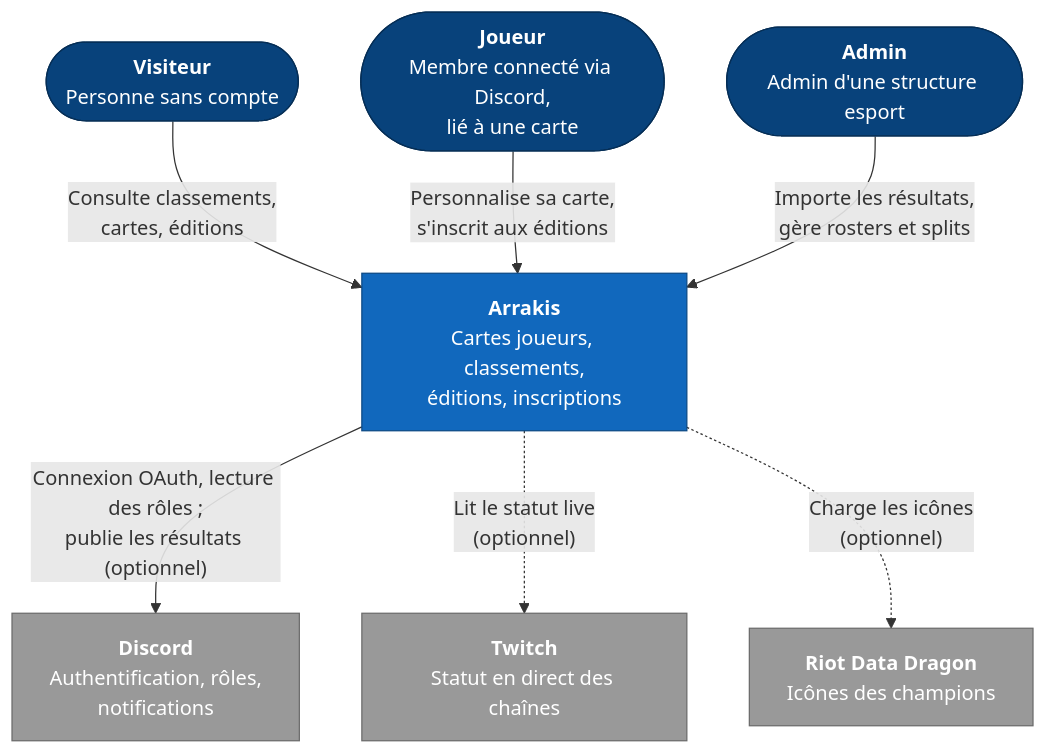
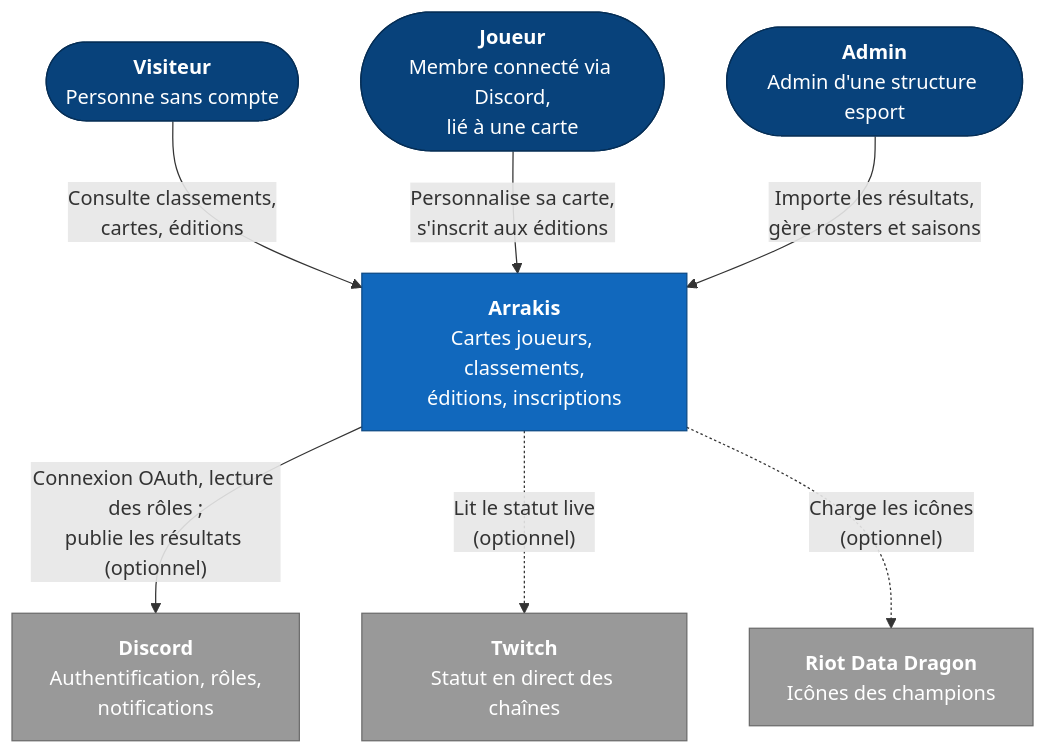
One commit to Charkx/Arrakard changed the first of 5 diagrams in docs/architecture/c4.md. Above: the diagram before and after it, drawn with Mermaid. The commit also changed other lines of this file and 5 other files, not shown here.

First line of the commit message:
docs: l'architecture décrit la saison seule

````diff
--- a/docs/architecture/c4.md
+++ b/docs/architecture/c4.md
@@ -20,23 +20,23 @@
 ```mermaid
 flowchart TB
   classDef person fill:#08427b,stroke:#052e56,color:#fff
   classDef system fill:#1168bd,stroke:#0b4884,color:#fff
   classDef external fill:#999,stroke:#6b6b6b,color:#fff
 
   visitor(["<b>Visiteur</b><br/>Personne sans compte"]):::person
   player(["<b>Joueur</b><br/>Membre connecté via Discord,<br/>lié à une carte"]):::person
   admin(["<b>Admin</b><br/>Admin d'une structure esport"]):::person
 
   arrakis["<b>Arrakis</b><br/>Cartes joueurs, classements,<br/>éditions, inscriptions"]:::system
 
   discord["<b>Discord</b><br/>Authentification, rôles,<br/>notifications"]:::external
   twitch["<b>Twitch</b><br/>Statut en direct des chaînes"]:::external
   riot["<b>Riot Data Dragon</b><br/>Icônes des champions"]:::external
 
   visitor -->|"Consulte classements,<br/>cartes, éditions"| arrakis
   player -->|"Personnalise sa carte,<br/>s'inscrit aux éditions"| arrakis
-  admin -->|"Importe les résultats,<br/>gère rosters et splits"| arrakis
+  admin -->|"Importe les résultats,<br/>gère rosters et saisons"| arrakis
   arrakis -->|"Connexion OAuth, lecture des rôles ;<br/>publie les résultats (optionnel)"| discord
   arrakis -.->|"Lit le statut live<br/>(optionnel)"| twitch
   arrakis -.->|"Charge les icônes<br/>(optionnel)"| riot
 ```
````
